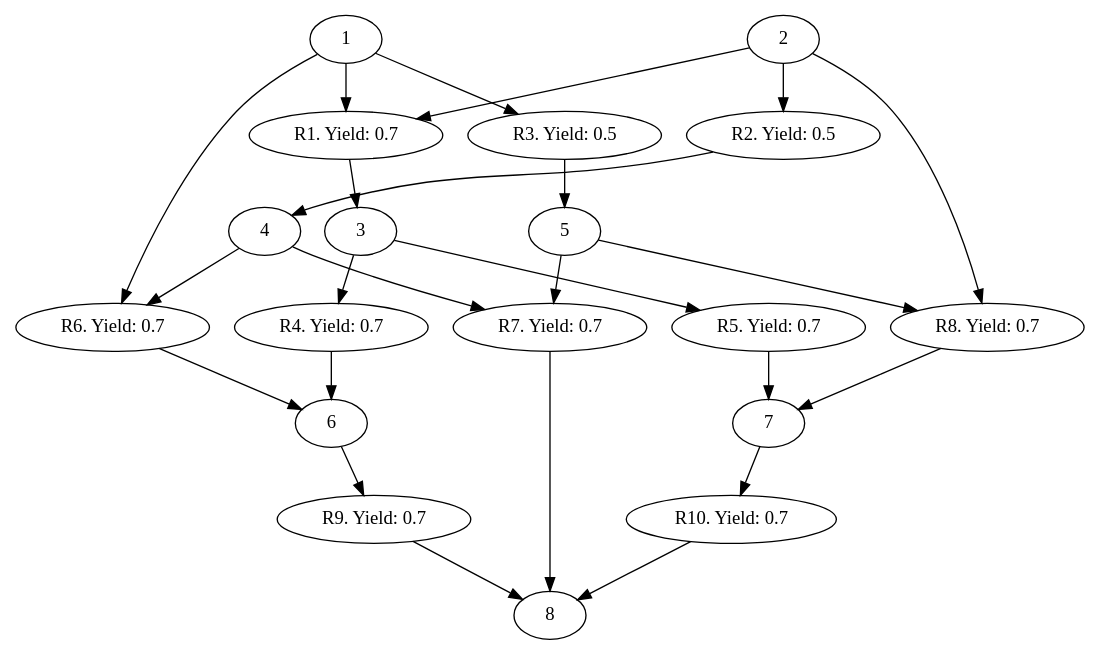
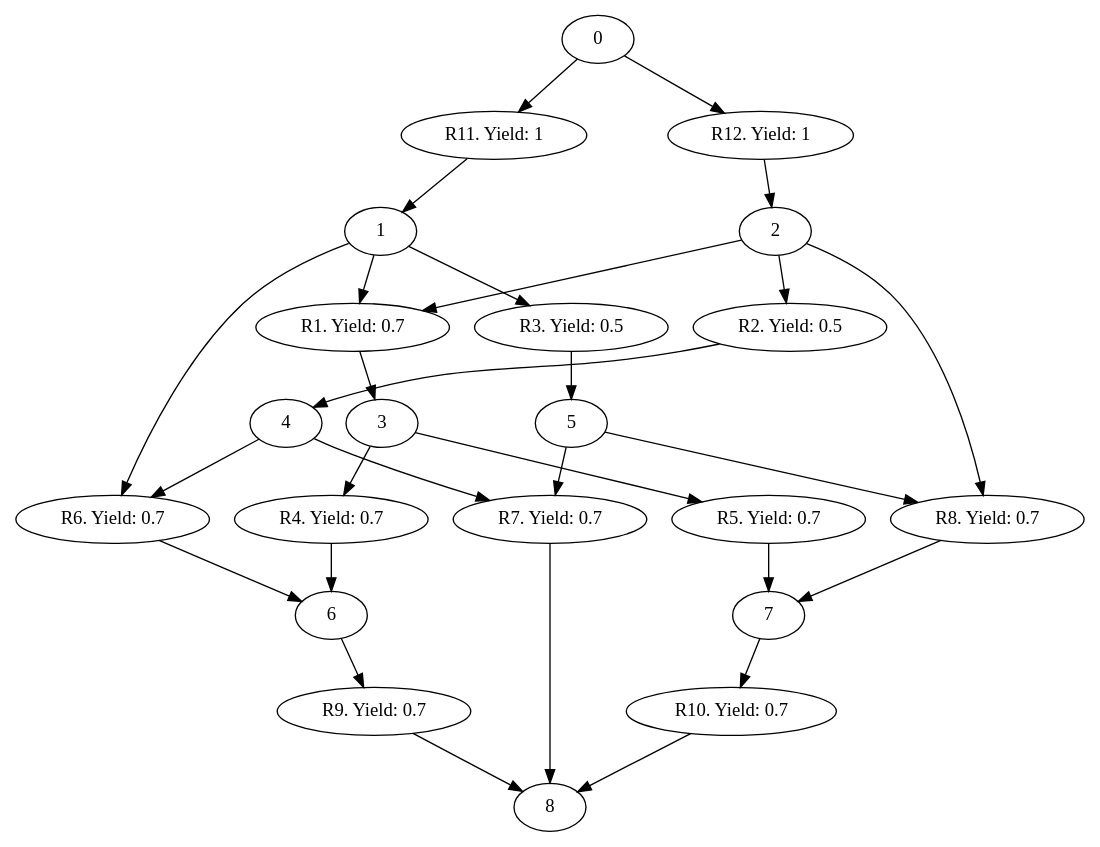
Before and after one commit to hschu12/Speciale: the diagram in src/Graph.gv, drawn with Graphviz. The commit also changed 3 other files, not shown here.

Commit message:
Nielsen working on acyclic graph - findes BEST plan. Next check cycle risk

```diff
--- a/src/Graph.gv
+++ b/src/Graph.gv
@@ -1,38 +1,44 @@
 digraph G { 
 {
 	R1 [label = "R1. Yield: 0.7"]
 	R2 [label = "R2. Yield: 0.5"]
 	R3 [label = "R3. Yield: 0.5"]
 	R4 [label = "R4. Yield: 0.7"]
 	R5 [label = "R5. Yield: 0.7"]
 	R6 [label = "R6. Yield: 0.7"]
 	R7 [label = "R7. Yield: 0.7"]
 	R8 [label = "R8. Yield: 0.7"]
 	R9 [label = "R9. Yield: 0.7"]
 	R10 [label = "R10. Yield: 0.7"]
+	R11 [label = "R11. Yield: 1"]
+	R12 [label = "R12. Yield: 1"]
 }
 	R1 -> 3;
 	1 -> R1;
 	2 -> R1;
 	R2 -> 4;
 	2 -> R2;
 	R3 -> 5;
 	1 -> R3;
 	R4 -> 6;
 	3 -> R4;
 	R5 -> 7;
 	3 -> R5;
 	R6 -> 6;
 	1 -> R6;
 	4 -> R6;
 	R7 -> 8;
 	4 -> R7;
 	5 -> R7;
 	R8 -> 7;
 	2 -> R8;
 	5 -> R8;
 	R9 -> 8;
 	6 -> R9;
 	R10 -> 8;
 	7 -> R10;
+	R11 -> 1;
+	0 -> R11;
+	R12 -> 2;
+	0 -> R12;
 }
```
